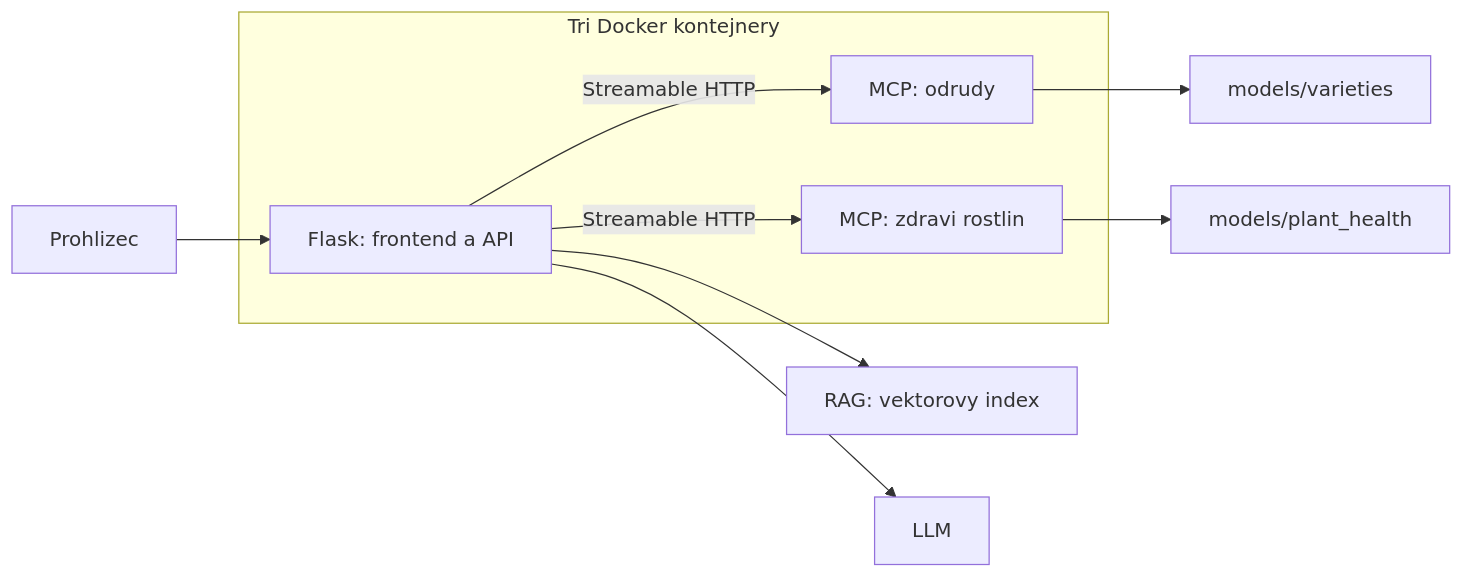
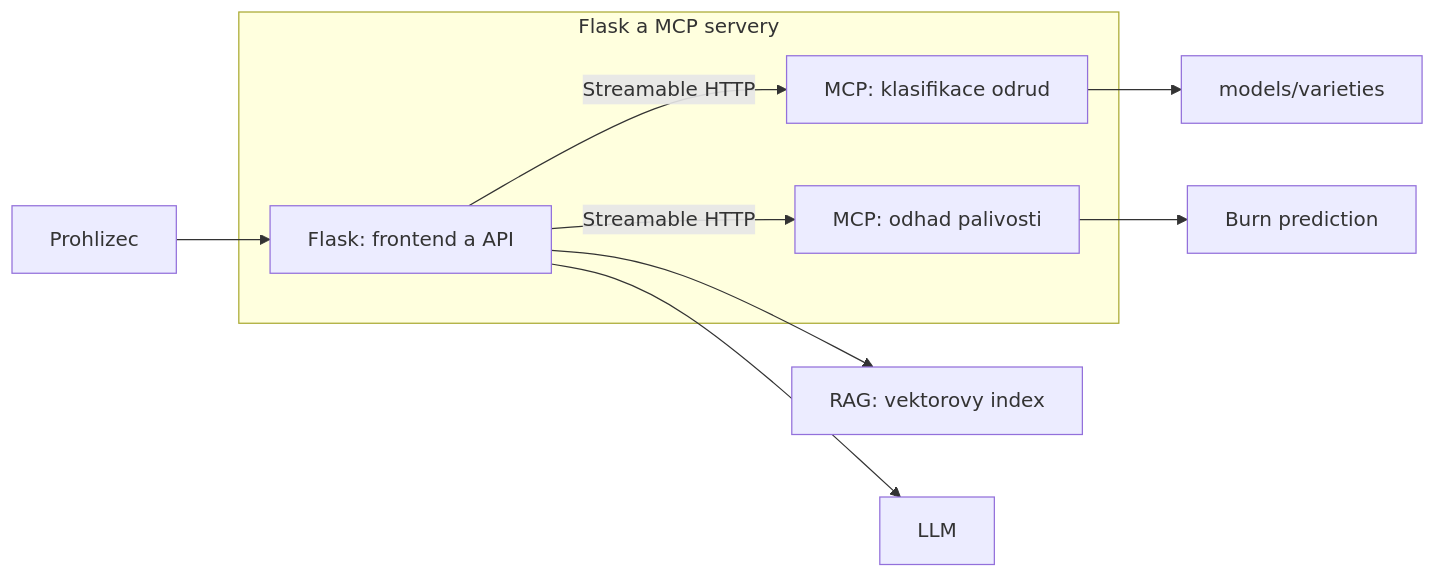
The diagram in README.md (DanSvoboda/ChillBot), drawn with Mermaid before and after one commit. The commit also changed other lines of this file and 5 other files, not shown here.

````diff
--- a/README.md
+++ b/README.md
@@ -33,15 +30,15 @@
 ```mermaid
 flowchart LR
     Browser[Prohlizec] --> Flask
-    subgraph Docker[Tri Docker kontejnery]
+    subgraph Docker[Flask a MCP servery]
         Flask[Flask: frontend a API]
-        Variety[MCP: odrudy]
-        Health[MCP: zdravi rostlin]
+        Variety[MCP: klasifikace odrud]
+        Burn[MCP: odhad palivosti]
         Flask -->|Streamable HTTP| Variety
-        Flask -->|Streamable HTTP| Health
+        Flask -->|Streamable HTTP| Burn
     end
     Flask --> RAG[RAG: vektorovy index]
     Flask --> LLM[LLM]
     Variety --> Varieties[models/varieties]
-    Health --> PlantHealth[models/plant_health]
+    Burn --> BurnLogic[Burn prediction]
 ```
````
